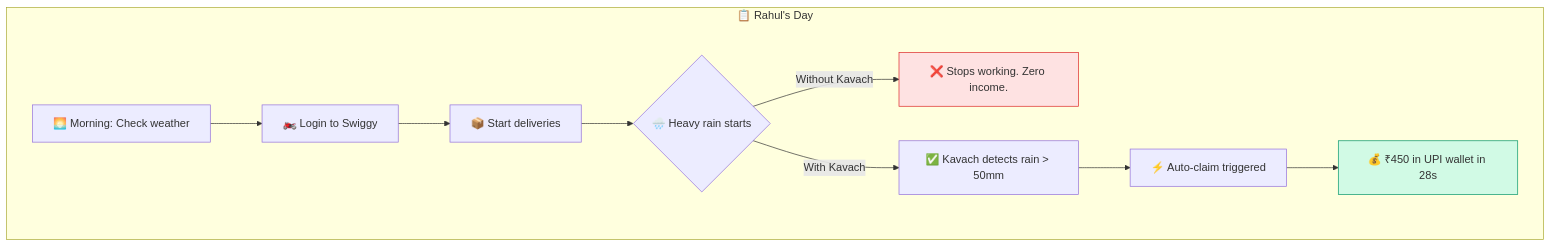
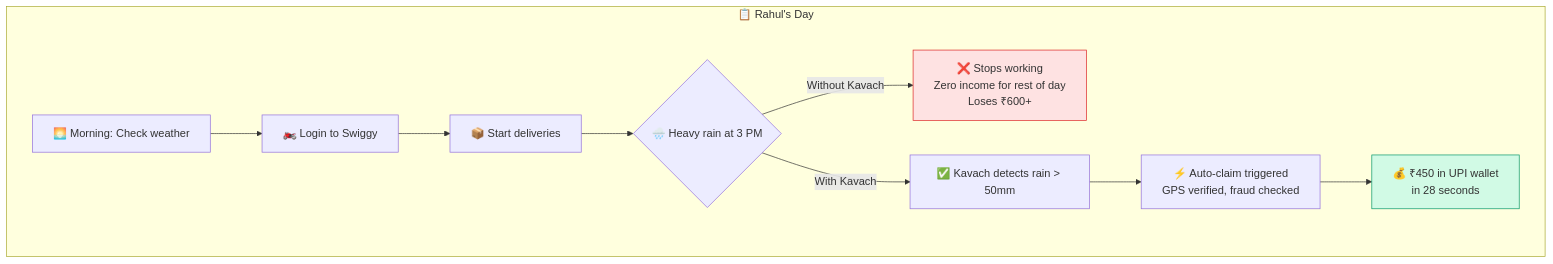
One commit to DunakaChetan/Kavach-GW changed the second of 9 diagrams in README.md. Above: the diagram before and after it, drawn with Mermaid. The commit also changed other lines of this file and 1 other file, not shown here.

````diff
--- a/README.md
+++ b/README.md
@@ -86,15 +86,15 @@
 ```mermaid
 flowchart TD
     subgraph Worker_Day["📋 Rahul's Day"]
         W1[🌅 Morning: Check weather] --> W2[🏍️ Login to Swiggy]
         W2 --> W3[📦 Start deliveries]
-        W3 --> W4{🌧️ Heavy rain starts}
-        W4 -- Without Kavach --> W5[❌ Stops working. Zero income.]
+        W3 --> W4{🌧️ Heavy rain at 3 PM}
+        W4 -- Without Kavach --> W5[❌ Stops working<br/>Zero income for rest of day<br/>Loses ₹600+]
         W4 -- With Kavach --> W6[✅ Kavach detects rain > 50mm]
-        W6 --> W7[⚡ Auto-claim triggered]
-        W7 --> W8[💰 ₹450 in UPI wallet in 28s]
+        W6 --> W7[⚡ Auto-claim triggered<br/>GPS verified, fraud checked]
+        W7 --> W8[💰 ₹450 in UPI wallet<br/>in 28 seconds]
     end
 
     style W5 fill:#fee2e2,stroke:#dc2626
     style W8 fill:#d1fae5,stroke:#059669
 ```
````
